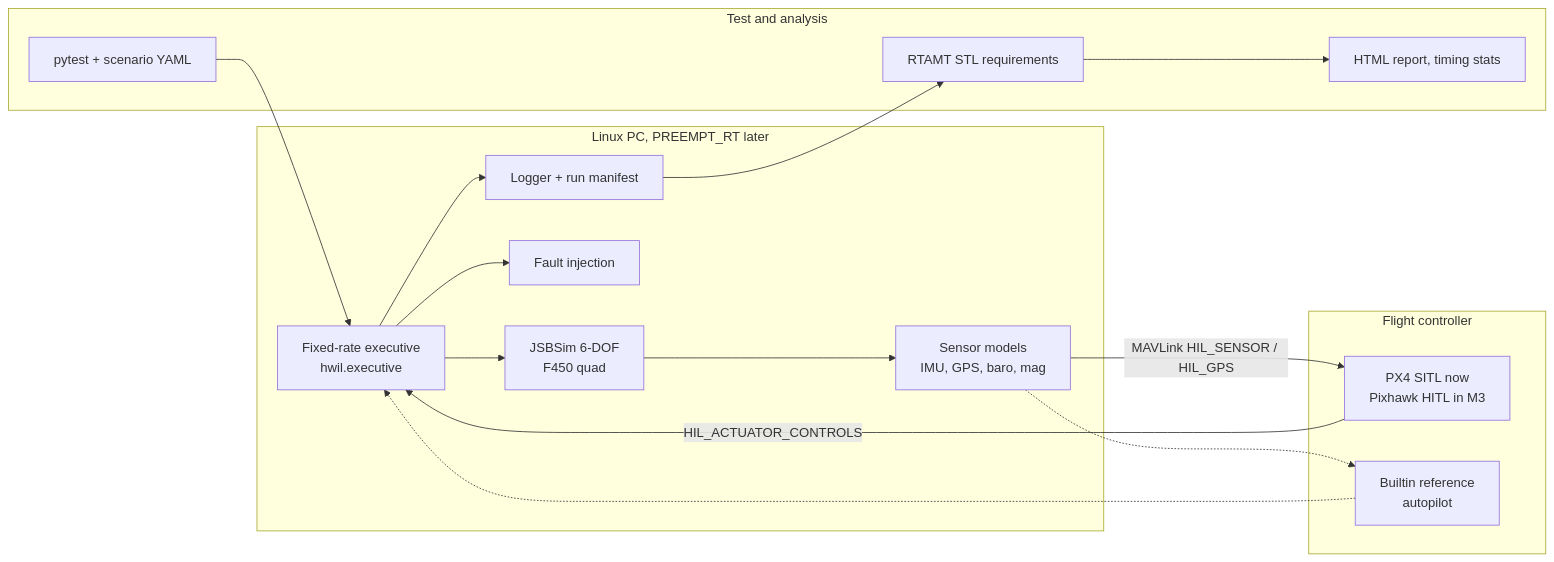
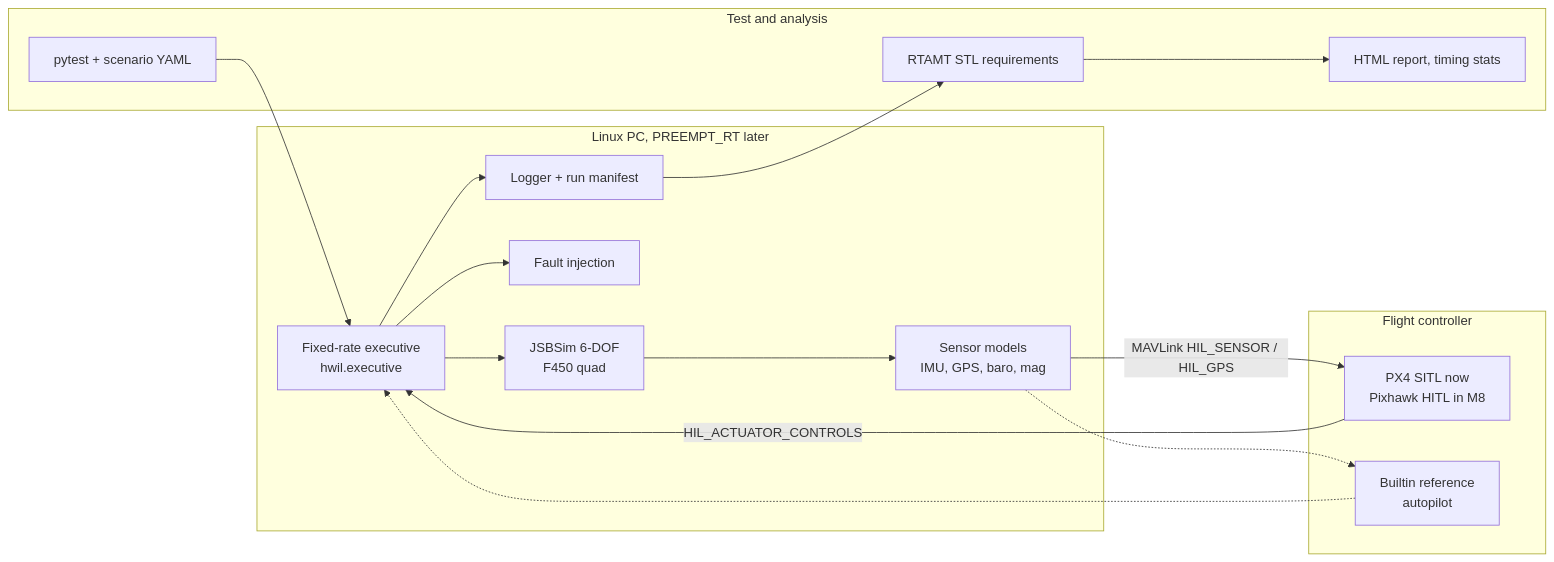
One commit to jstumfoll2/open-hwil-testbed changed the diagram in README.md. Above: the diagram before and after it, drawn with Mermaid. The commit also changed other lines of this file and 9 other files, not shown here.

````diff
--- a/README.md
+++ b/README.md
@@ -90,27 +90,27 @@
 ```mermaid
 flowchart LR
     subgraph HOST[Linux PC, PREEMPT_RT later]
         EXEC[Fixed-rate executive<br/>hwil.executive]
         FDM[JSBSim 6-DOF<br/>F450 quad]
         SENS[Sensor models<br/>IMU, GPS, baro, mag]
         FAULT[Fault injection]
         LOG[Logger + run manifest]
         EXEC --> FDM --> SENS
         EXEC --> FAULT
         EXEC --> LOG
     end
     subgraph FC[Flight controller]
-        PX4[PX4 SITL now<br/>Pixhawk HITL in M3]
+        PX4[PX4 SITL now<br/>Pixhawk HITL in M8]
         BI[Builtin reference<br/>autopilot]
     end
     SENS -->|MAVLink HIL_SENSOR / HIL_GPS| PX4
     PX4 -->|HIL_ACTUATOR_CONTROLS| EXEC
     SENS -.-> BI -.-> EXEC
     subgraph TEST[Test and analysis]
         PYT[pytest + scenario YAML]
         STL[RTAMT STL requirements]
         REP[HTML report, timing stats]
     end
     PYT --> EXEC
     LOG --> STL --> REP
 ```
````
